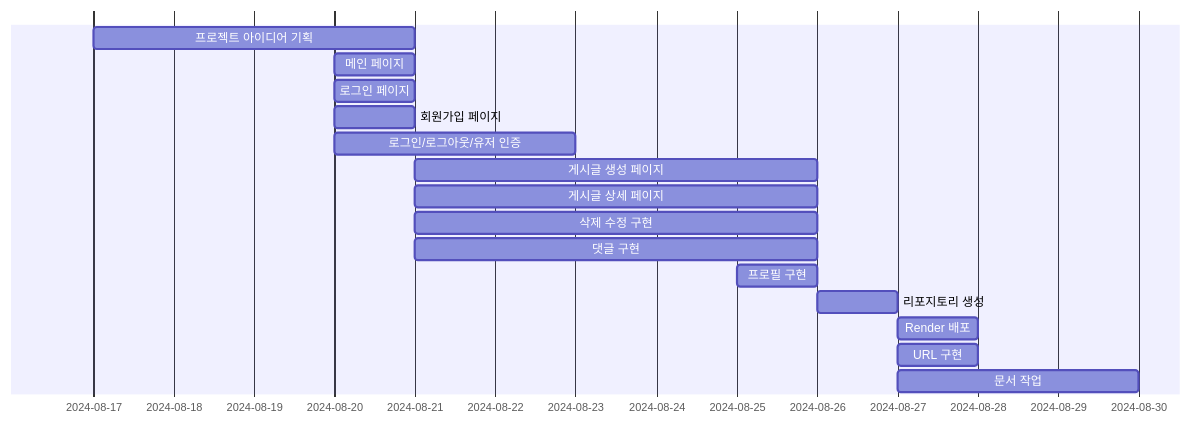
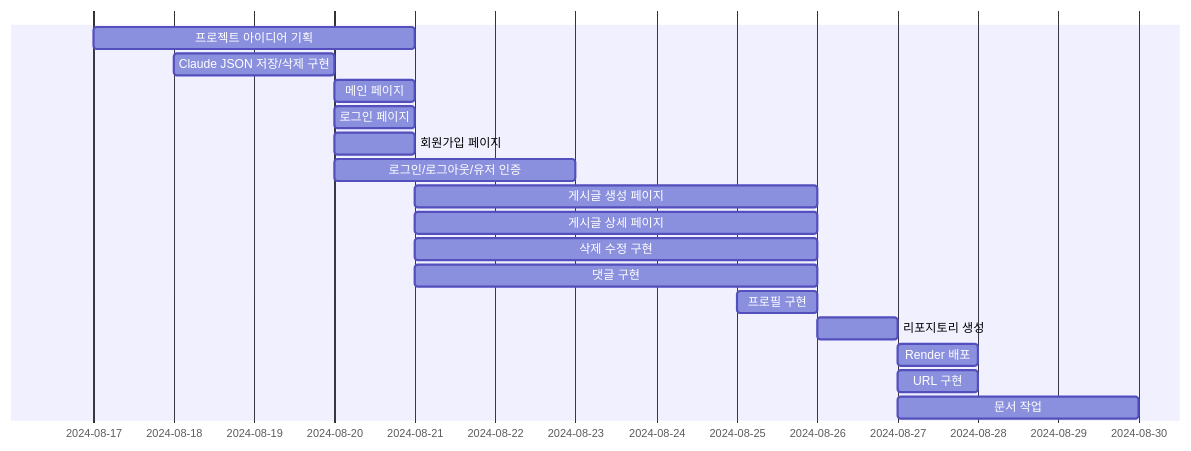
Before and after one commit to vanhalenpanama/Claude_Export_Data_Backup_Blog: the diagram in README.md, drawn with Mermaid. The commit also changed other lines of this file, not shown here.

````diff
--- a/README.md
+++ b/README.md
@@ -26,18 +26,19 @@
 ```mermaid
 gantt
   dateFormat  YYYY-MM-DD
-	프로젝트 아이디어 기획: 2024-08-17, 2024-08-21	
+	프로젝트 아이디어 기획: 2024-08-17, 2024-08-21
+	Claude JSON 저장/삭제 구현: 2024-08-18, 2024-08-20		
     	메인 페이지: 2024-08-20, 2024-08-21
 	로그인 페이지: 2024-08-20, 2024-08-21
     	회원가입 페이지: 2024-08-20, 2024-08-21
     	로그인/로그아웃/유저 인증: 2024-08-20, 2024-08-23
     	게시글 생성 페이지: 2024-08-21, 2024-08-26
    	게시글 상세 페이지: 2024-08-21, 2024-08-26
     	삭제 수정 구현: 2024-08-21, 2024-08-26
 	댓글 구현: 2024-08-21, 2024-08-26
     	프로필 구현: 2024-08-25, 2024-08-26
 	리포지토리 생성: 2024-08-26, 2024-08-27
 	Render 배포: 2024-08-27, 2024-08-28
 	URL 구현: 2024-08-27, 2024-08-28
 	문서 작업: 2024-08-27, 2024-08-30
 ```
````
